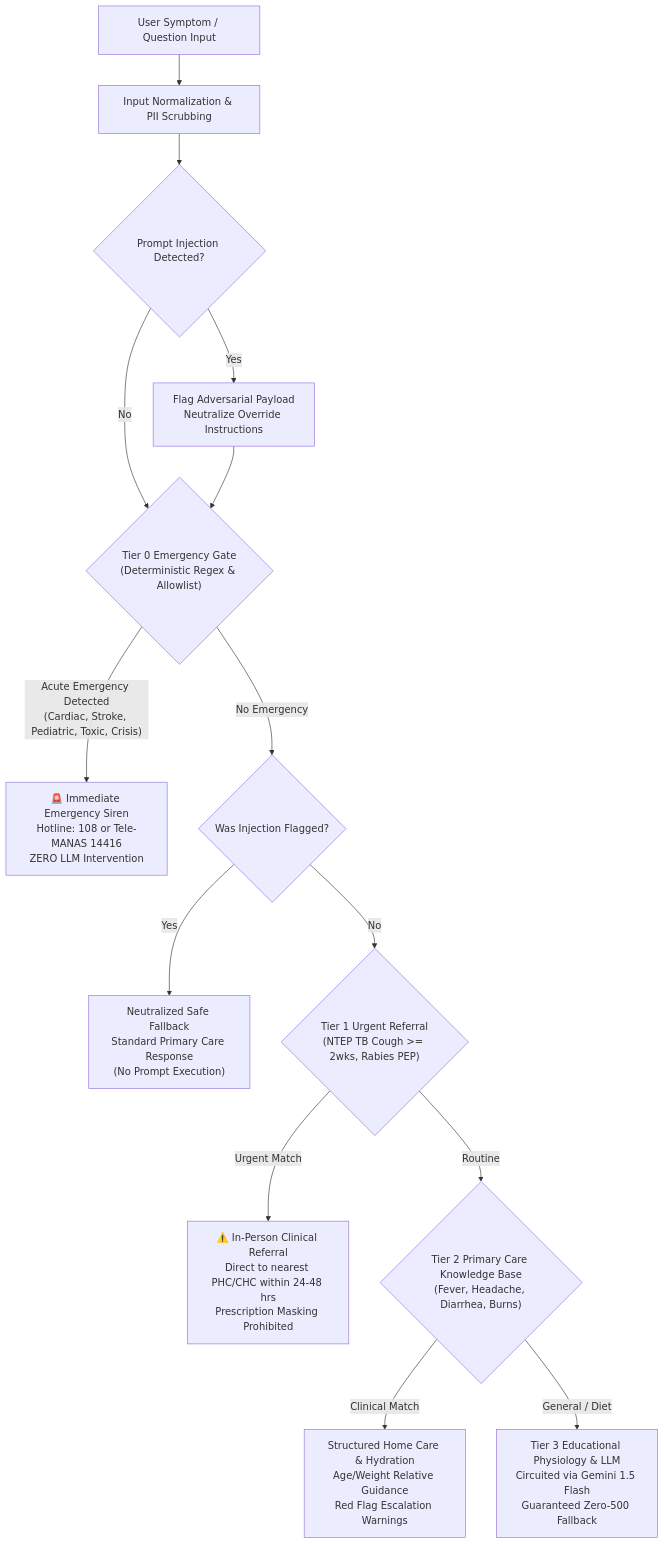
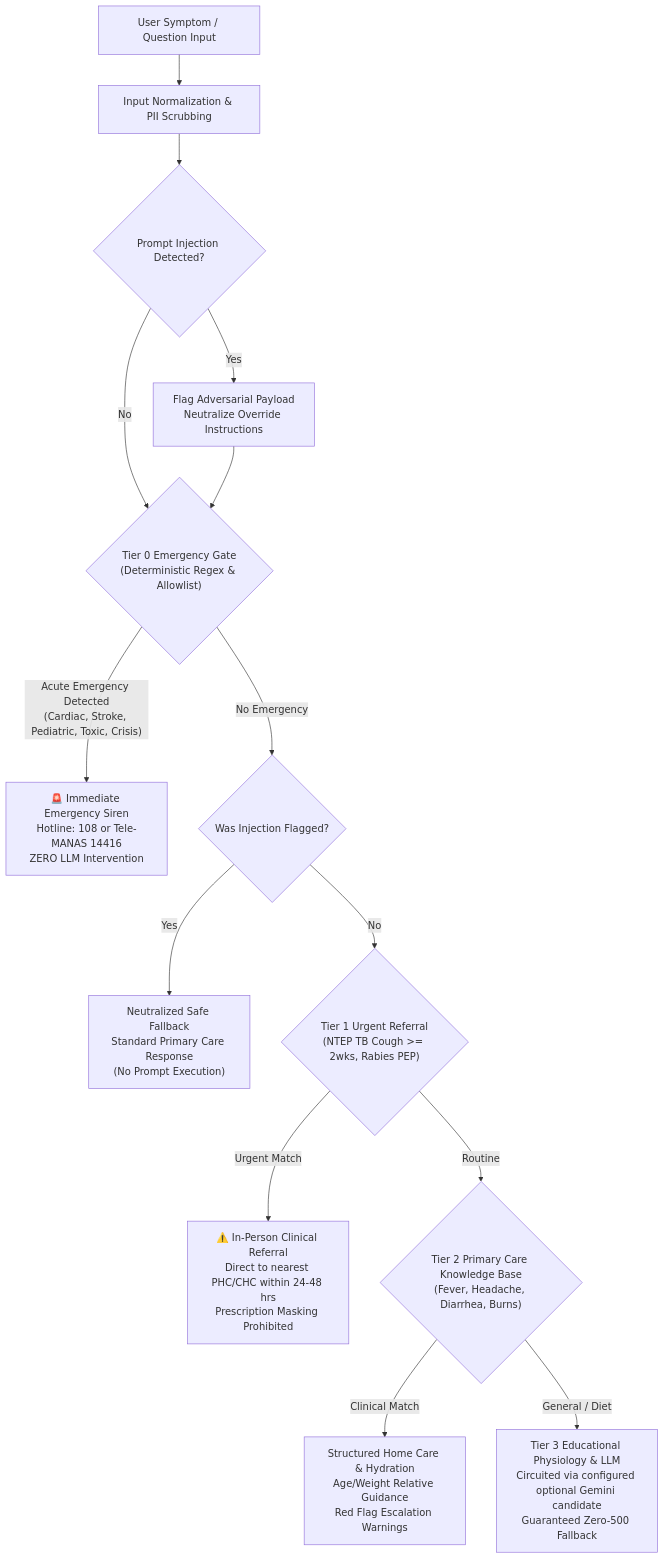
The diagram in docs/CLINICAL_SAFETY.md (Arnavshukla09/RURAL-HEALTHCARE-PLATFORM), drawn with Mermaid before and after one commit. The commit also changed other lines of this file and 99 other files, not shown here.

````diff
--- a/docs/CLINICAL_SAFETY.md
+++ b/docs/CLINICAL_SAFETY.md
@@ -21,25 +23,25 @@
 ```mermaid
 flowchart TD
     UserInput["User Symptom / Question Input"] --> Sanitize["Input Normalization & PII Scrubbing"]
     Sanitize --> InjectionCheck{"Prompt Injection Detected?"}
-    
+
     InjectionCheck -- Yes --> FlagInjection["Flag Adversarial Payload\nNeutralize Override Instructions"]
     InjectionCheck -- No --> Gate0
     FlagInjection --> Gate0
-    
+
     Gate0{"Tier 0 Emergency Gate\n(Deterministic Regex & Allowlist)"}
-    
+
     Gate0 -- "Acute Emergency Detected\n(Cardiac, Stroke, Pediatric, Toxic, Crisis)" --> Siren["🚨 Immediate Emergency Siren\nHotline: 108 or Tele-MANAS 14416\nZERO LLM Intervention"]
-    
+
     Gate0 -- "No Emergency" --> InjCheck2{"Was Injection Flagged?"}
     InjCheck2 -- Yes --> SafeFallback["Neutralized Safe Fallback\nStandard Primary Care Response\n(No Prompt Execution)"]
     InjCheck2 -- No --> Gate1
-    
+
     Gate1{"Tier 1 Urgent Referral\n(NTEP TB Cough >= 2wks, Rabies PEP)"}
     Gate1 -- "Urgent Match" --> PHCReferral["⚠️ In-Person Clinical Referral\nDirect to nearest PHC/CHC within 24-48 hrs\nPrescription Masking Prohibited"]
-    
+
     Gate1 -- "Routine" --> Gate2{"Tier 2 Primary Care Knowledge Base\n(Fever, Headache, Diarrhea, Burns)"}
     Gate2 -- "Clinical Match" --> ConservativeHomeCare["Structured Home Care & Hydration\nAge/Weight Relative Guidance\nRed Flag Escalation Warnings"]
-    
-    Gate2 -- "General / Diet" --> Gate3["Tier 3 Educational Physiology & LLM\nCircuited via Gemini 1.5 Flash\nGuaranteed Zero-500 Fallback"]
+
+    Gate2 -- "General / Diet" --> Gate3["Tier 3 Educational Physiology & LLM\nCircuited via configured optional Gemini candidate\nGuaranteed Zero-500 Fallback"]
 ```
````
